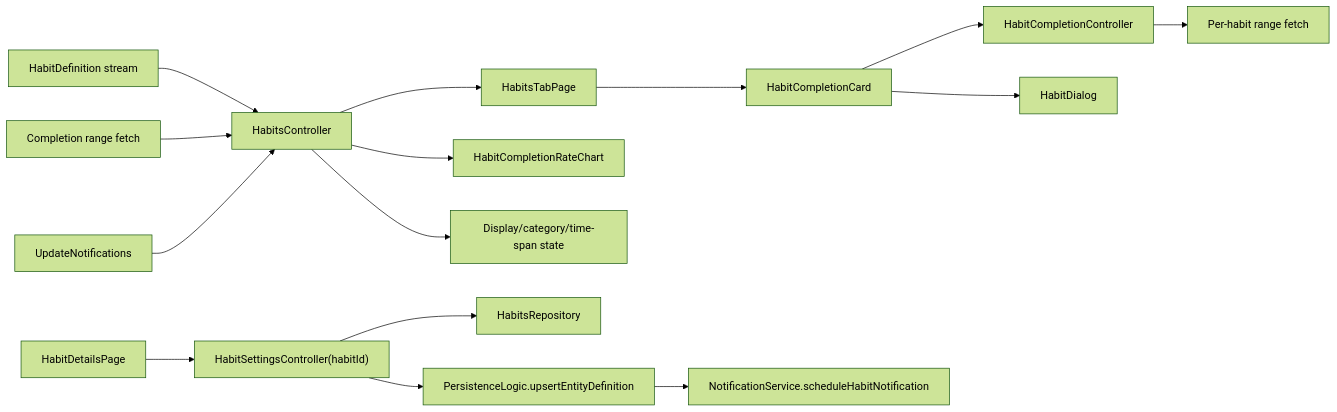
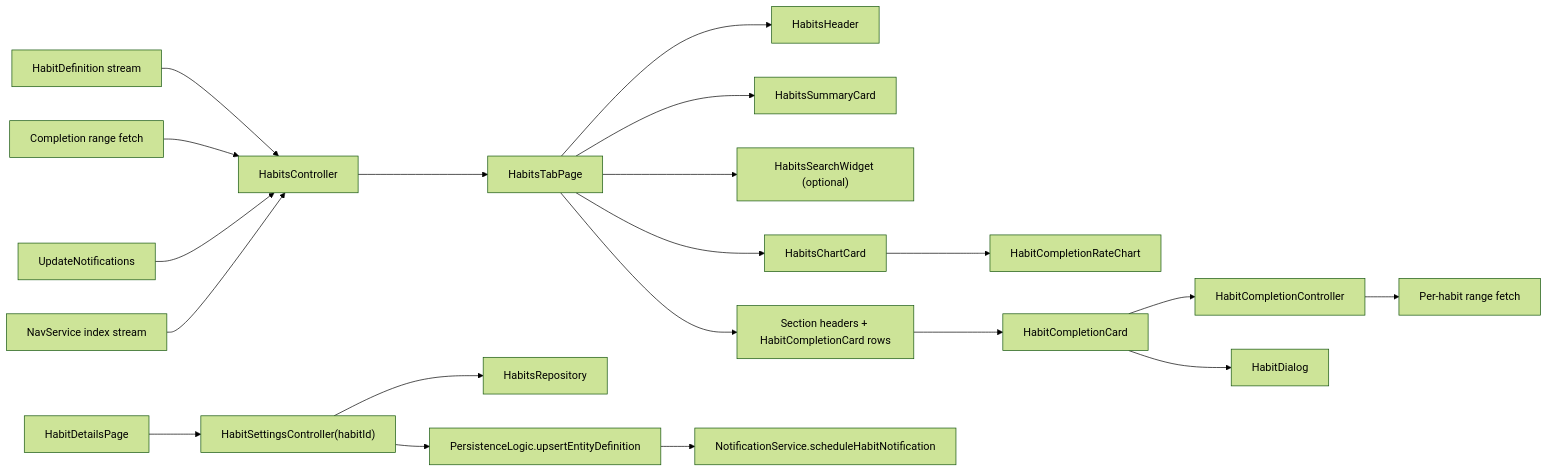
The first of 6 diagrams in lib/features/habits/README.md (matthiasn/lotti), drawn with Mermaid (forest theme) before and after one commit. The commit also changed other lines of this file and 43 other files, not shown here.

First line of the commit message:
feat: rework Habits tab UI to match app design language

````diff
--- a/lib/features/habits/README.md
+++ b/lib/features/habits/README.md
@@ -64,19 +81,25 @@
 ```mermaid
 flowchart LR
   Defs["HabitDefinition stream"] --> Ctrl["HabitsController"]
   Range["Completion range fetch"] --> Ctrl
   Updates["UpdateNotifications"] --> Ctrl
-  Ctrl --> Tab["HabitsTabPage"]
-  Ctrl --> Chart["HabitCompletionRateChart"]
-  Ctrl --> Filters["Display/category/time-span state"]
+  Nav["NavService index stream"] --> Ctrl
 
-  Tab --> Card["HabitCompletionCard"]
+  Ctrl --> Page["HabitsTabPage"]
+  Page --> Header["HabitsHeader"]
+  Page --> Summary["HabitsSummaryCard"]
+  Page --> Search["HabitsSearchWidget (optional)"]
+  Page --> Sections["Section headers + HabitCompletionCard rows"]
+  Page --> ChartCard["HabitsChartCard"]
+
+  ChartCard --> Chart["HabitCompletionRateChart"]
+  Sections --> Card["HabitCompletionCard"]
   Card --> CardCtl["HabitCompletionController"]
   CardCtl --> CardRange["Per-habit range fetch"]
   Card --> Dialog["HabitDialog"]
 
   SettingsPage["HabitDetailsPage"] --> SettingsCtl["HabitSettingsController(habitId)"]
   SettingsCtl --> Repo["HabitsRepository"]
   SettingsCtl --> Persist["PersistenceLogic.upsertEntityDefinition"]
   Persist --> Notifications["NotificationService.scheduleHabitNotification"]
 ```
````
